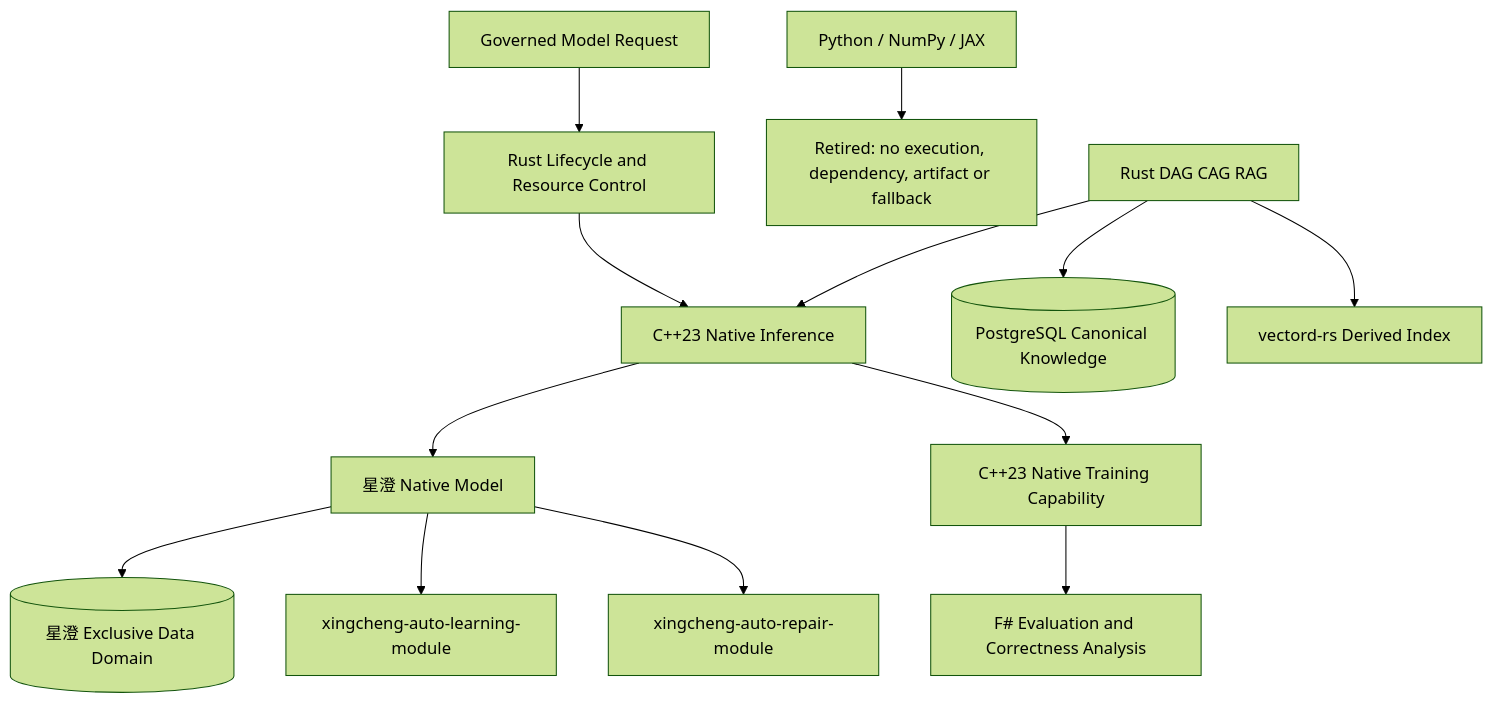
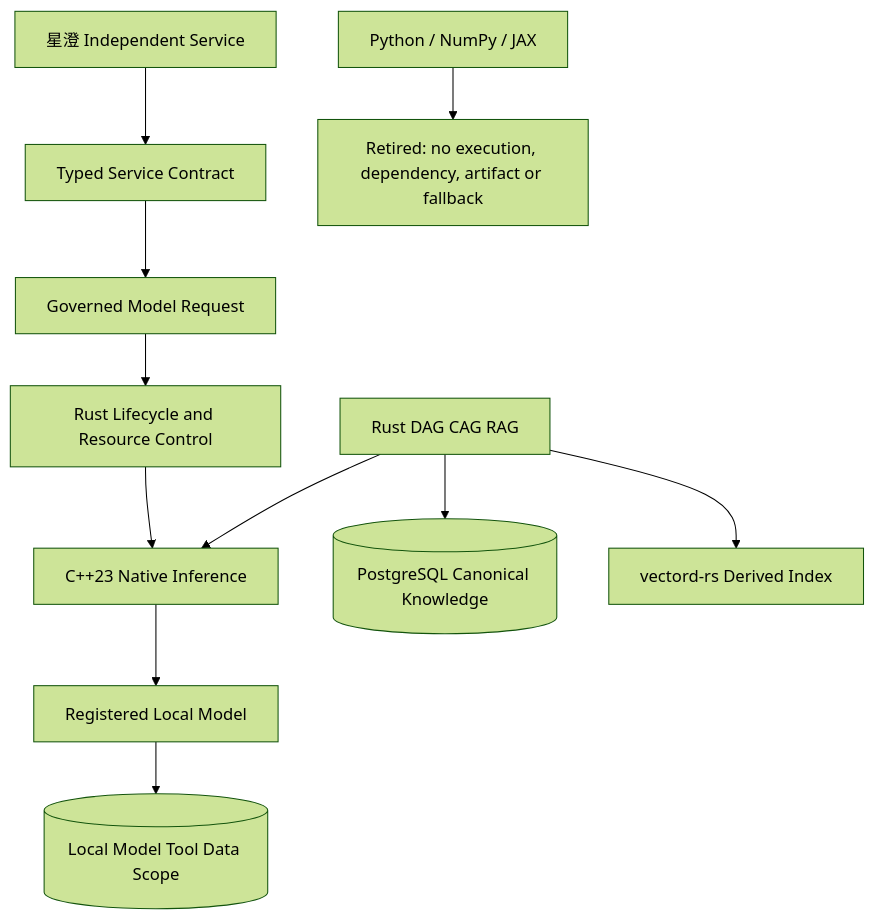
One commit to guilty442-source/GPTBridge changed the diagram in governance_rule/codex/architecture-tool-local-model.md. Above: the diagram before and after it, drawn with Mermaid (forest theme). The commit also changed other lines of this file and 92 other files, not shown here.

````diff
--- a/governance_rule/codex/architecture-tool-local-model.md
+++ b/governance_rule/codex/architecture-tool-local-model.md
@@ -3,15 +3,13 @@
 ```mermaid
 flowchart TB
   ENTRY[Governed Model Request] --> RUST[Rust Lifecycle and Resource Control]
   RUST --> CPP[C++23 Native Inference]
-  CPP --> MODEL[星澄 Native Model]
-  MODEL --> DATA[(星澄 Exclusive Data Domain)]
-  MODEL --> LEARN[xingcheng-auto-learning-module]
-  MODEL --> REPAIR[xingcheng-auto-repair-module]
-  CPP --> TRAIN[C++23 Native Training Capability]
-  TRAIN --> FSHARP[F# Evaluation and Correctness Analysis]
+  CPP --> MODEL[Registered Local Model]
+  MODEL --> DATA[(Local Model Tool Data Scope)]
+  XCSVC[星澄 Independent Service] --> CONTRACT[Typed Service Contract]
+  CONTRACT --> ENTRY
   RETIRED[Python / NumPy / JAX] --> DENY[Retired: no execution, dependency, artifact or fallback]
   RETRIEVE[Rust DAG CAG RAG] --> PG[(PostgreSQL Canonical Knowledge)]
   RETRIEVE --> VD[vectord-rs Derived Index]
   RETRIEVE --> CPP
 ```
````
